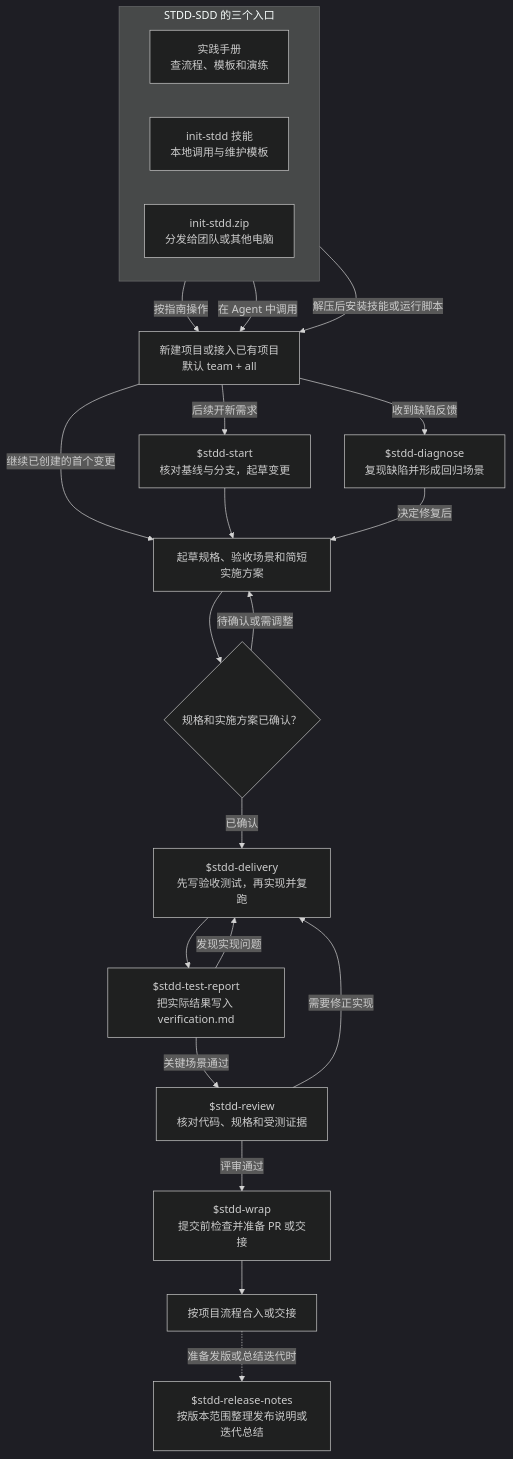
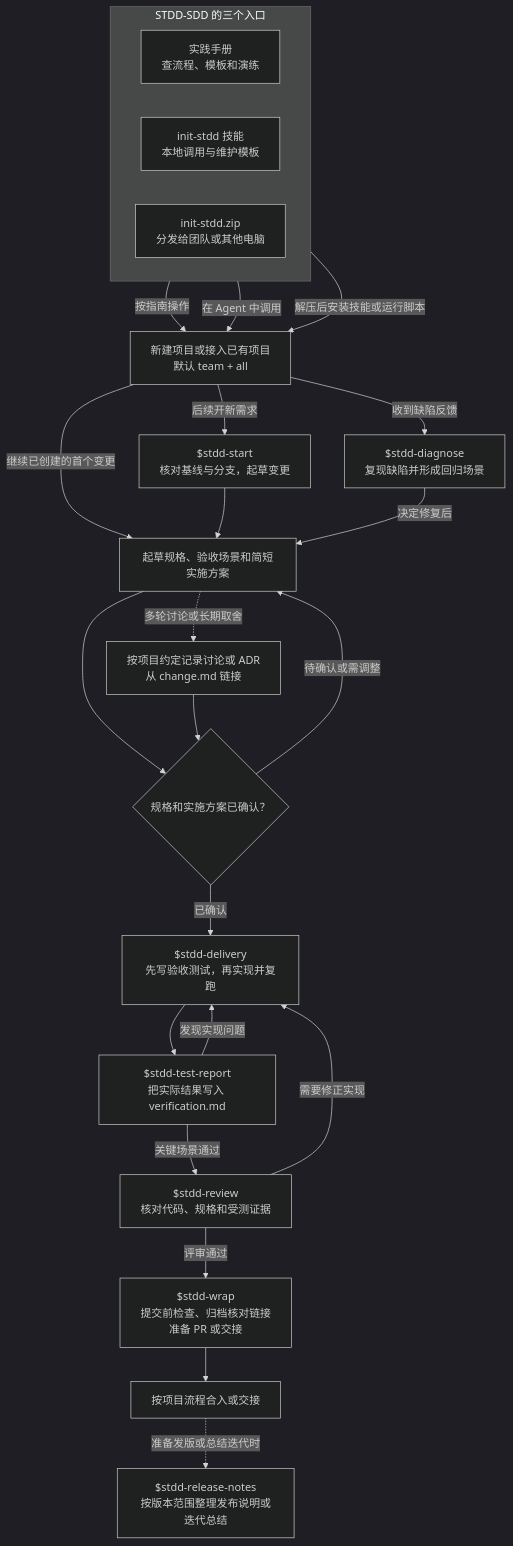
One commit to zhgqwx-del/stdd-sdd changed the diagram in STDD-SDD/.agents/skills/init-stdd/references/usage.md. Above: the diagram before and after it, drawn with Mermaid (dark theme). The commit also changed other lines of this file and 32 other files, not shown here.

Commit message:
Route STDD discussions and architecture decisions

````diff
--- a/STDD-SDD/.agents/skills/init-stdd/references/usage.md
+++ b/STDD-SDD/.agents/skills/init-stdd/references/usage.md
@@ -19,40 +19,43 @@
 ```mermaid
 flowchart TD
     subgraph Entries["STDD-SDD 的三个入口"]
         direction LR
         Manual["实践手册<br/>查流程、模板和演练"]
         Skill["init-stdd 技能<br/>本地调用与维护模板"]
         Package["init-stdd.zip<br/>分发给团队或其他电脑"]
     end
 
     Init["新建项目或接入已有项目<br/>默认 team + all"]
     Start["$stdd-start<br/>核对基线与分支，起草变更"]
     Diagnose["$stdd-diagnose<br/>复现缺陷并形成回归场景"]
     Spec["起草规格、验收场景和简短实施方案"]
+    Records["按项目约定记录讨论或 ADR<br/>从 change.md 链接"]
     Confirm{"规格和实施方案已确认？"}
     Delivery["$stdd-delivery<br/>先写验收测试，再实现并复跑"]
     Report["$stdd-test-report<br/>把实际结果写入 verification.md"]
     Review["$stdd-review<br/>核对代码、规格和受测证据"]
-    Wrap["$stdd-wrap<br/>提交前检查并准备 PR 或交接"]
+    Wrap["$stdd-wrap<br/>提交前检查、归档核对链接<br/>准备 PR 或交接"]
     Done["按项目流程合入或交接"]
     Release["$stdd-release-notes<br/>按版本范围整理发布说明或迭代总结"]
 
     Manual -->|按指南操作| Init
     Skill -->|在 Agent 中调用| Init
     Package -->|解压后安装技能或运行脚本| Init
     Init -->|继续已创建的首个变更| Spec
     Init -->|后续开新需求| Start
     Init -->|收到缺陷反馈| Diagnose
     Start --> Spec
     Diagnose -->|决定修复后| Spec
     Spec --> Confirm
+    Spec -.->|多轮讨论或长期取舍| Records
+    Records --> Confirm
     Confirm -->|已确认| Delivery
     Confirm -->|待确认或需调整| Spec
     Delivery --> Report
     Report -->|关键场景通过| Review
     Report -->|发现实现问题| Delivery
     Review -->|需要修正实现| Delivery
     Review -->|评审通过| Wrap
     Wrap --> Done
     Done -.->|准备发版或总结迭代时| Release
 ```
````
